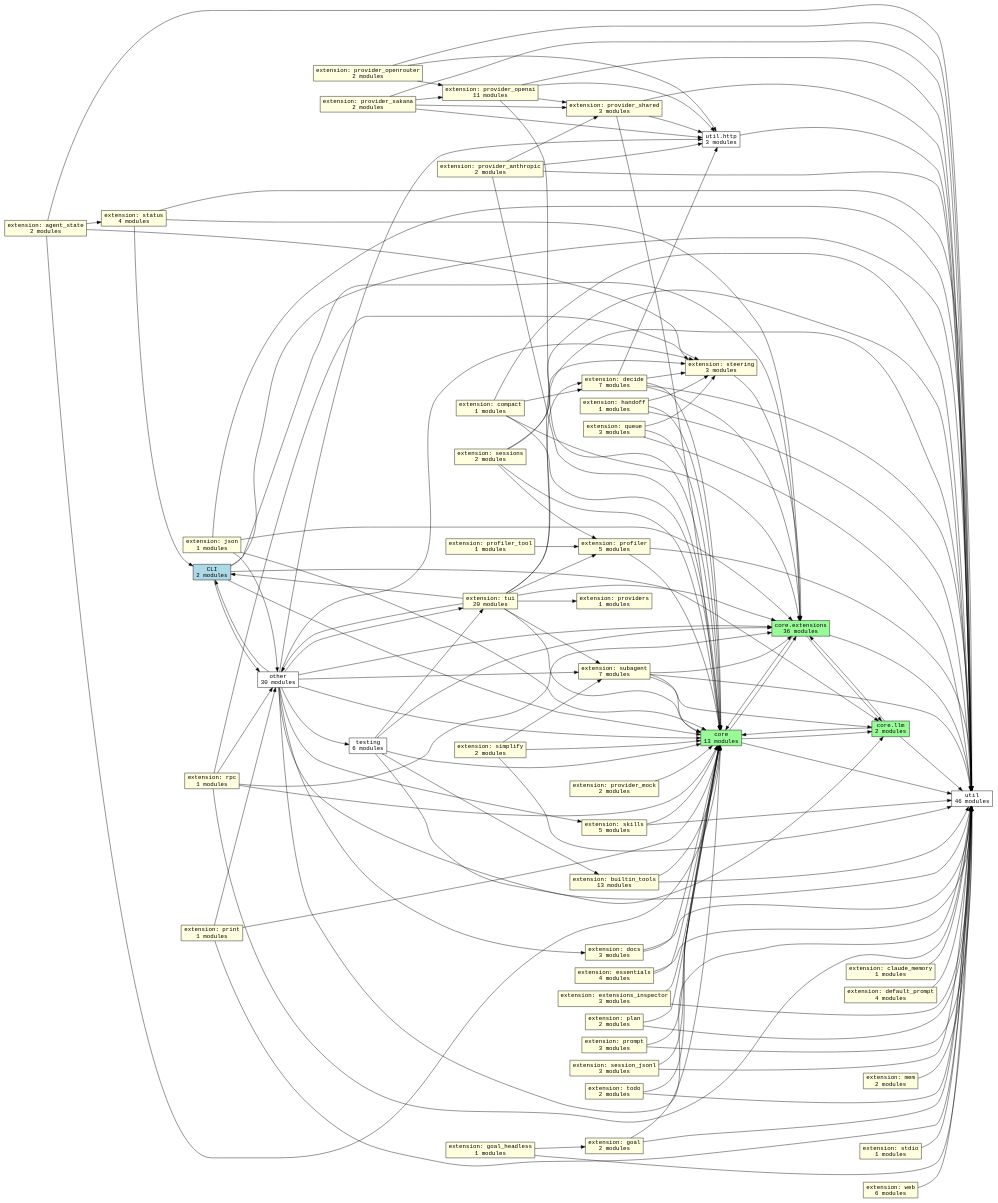
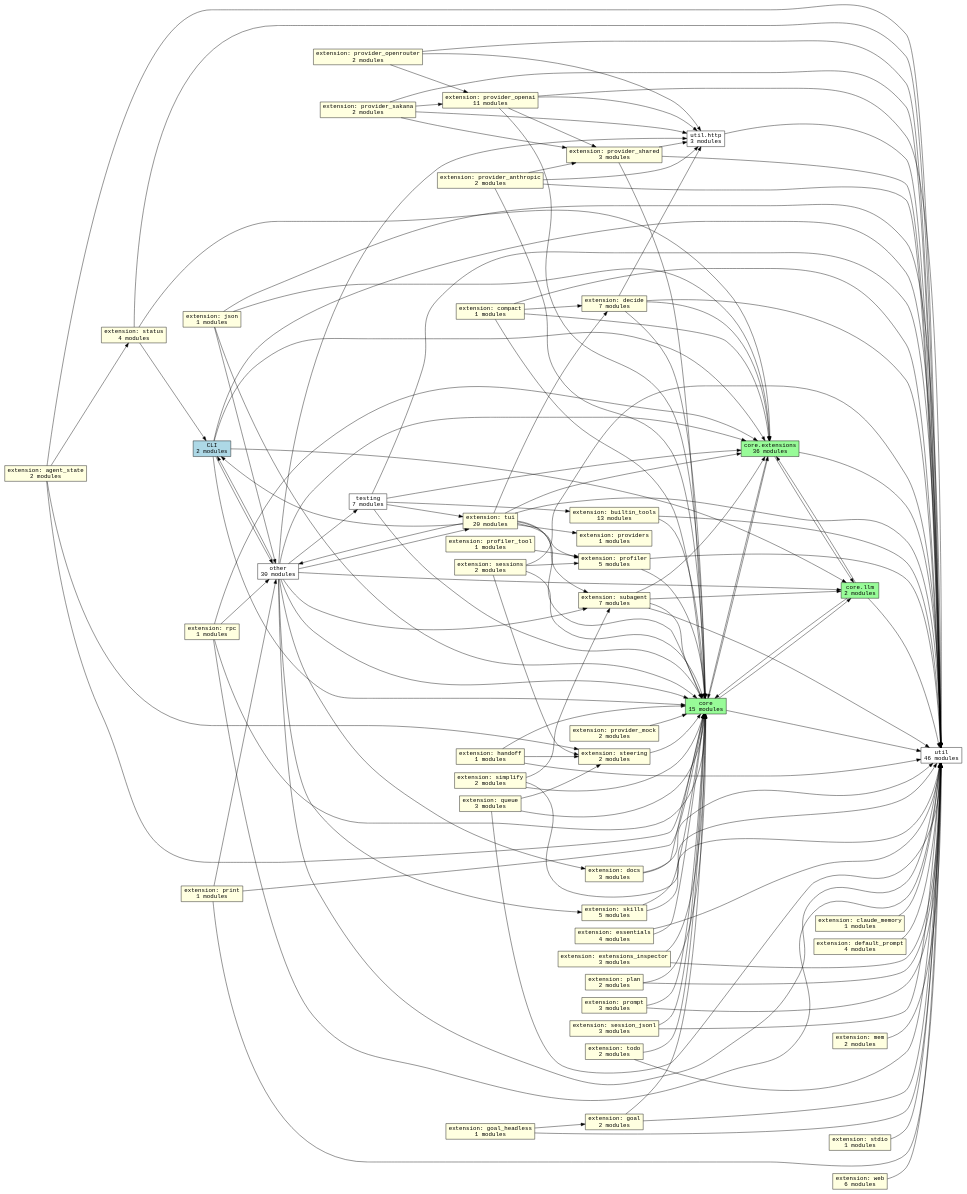
The diagram in docs/graphs/subsystems.dot (acmiyaguchi/fen), drawn with Graphviz before and after one commit. The commit also changed 94 other files, not shown here.

```diff
--- a/docs/graphs/subsystems.dot
+++ b/docs/graphs/subsystems.dot
@@ -1,188 +1,185 @@
 digraph fen_subsystems {
   graph [rankdir=LR];
   node [shape=box, fontname="monospace"];
   edge [fontname="monospace"];
   "cli" [fillcolor="lightblue", label="CLI\n2 modules", style="filled"];
-  "core" [fillcolor="palegreen", label="core\n13 modules", style="filled"];
+  "core" [fillcolor="palegreen", label="core\n15 modules", style="filled"];
   "core.extensions" [fillcolor="palegreen", label="core.extensions\n36 modules", style="filled"];
   "core.llm" [fillcolor="palegreen", label="core.llm\n2 modules", style="filled"];
   "extension.agent_state" [fillcolor="lightyellow", label="extension: agent_state\n2 modules", style="filled"];
   "extension.builtin_tools" [fillcolor="lightyellow", label="extension: builtin_tools\n13 modules", style="filled"];
   "extension.claude_memory" [fillcolor="lightyellow", label="extension: claude_memory\n1 modules", style="filled"];
   "extension.compact" [fillcolor="lightyellow", label="extension: compact\n1 modules", style="filled"];
   "extension.decide" [fillcolor="lightyellow", label="extension: decide\n7 modules", style="filled"];
   "extension.default_prompt" [fillcolor="lightyellow", label="extension: default_prompt\n4 modules", style="filled"];
   "extension.docs" [fillcolor="lightyellow", label="extension: docs\n3 modules", style="filled"];
   "extension.essentials" [fillcolor="lightyellow", label="extension: essentials\n4 modules", style="filled"];
   "extension.extensions_inspector" [fillcolor="lightyellow", label="extension: extensions_inspector\n3 modules", style="filled"];
   "extension.goal" [fillcolor="lightyellow", label="extension: goal\n2 modules", style="filled"];
   "extension.goal_headless" [fillcolor="lightyellow", label="extension: goal_headless\n1 modules", style="filled"];
   "extension.handoff" [fillcolor="lightyellow", label="extension: handoff\n1 modules", style="filled"];
   "extension.json" [fillcolor="lightyellow", label="extension: json\n1 modules", style="filled"];
   "extension.mem" [fillcolor="lightyellow", label="extension: mem\n2 modules", style="filled"];
   "extension.plan" [fillcolor="lightyellow", label="extension: plan\n2 modules", style="filled"];
   "extension.print" [fillcolor="lightyellow", label="extension: print\n1 modules", style="filled"];
   "extension.profiler" [fillcolor="lightyellow", label="extension: profiler\n5 modules", style="filled"];
   "extension.profiler_tool" [fillcolor="lightyellow", label="extension: profiler_tool\n1 modules", style="filled"];
   "extension.prompt" [fillcolor="lightyellow", label="extension: prompt\n3 modules", style="filled"];
   "extension.provider_anthropic" [fillcolor="lightyellow", label="extension: provider_anthropic\n2 modules", style="filled"];
   "extension.provider_mock" [fillcolor="lightyellow", label="extension: provider_mock\n2 modules", style="filled"];
   "extension.provider_openai" [fillcolor="lightyellow", label="extension: provider_openai\n11 modules", style="filled"];
   "extension.provider_openrouter" [fillcolor="lightyellow", label="extension: provider_openrouter\n2 modules", style="filled"];
   "extension.provider_sakana" [fillcolor="lightyellow", label="extension: provider_sakana\n2 modules", style="filled"];
   "extension.provider_shared" [fillcolor="lightyellow", label="extension: provider_shared\n3 modules", style="filled"];
   "extension.providers" [fillcolor="lightyellow", label="extension: providers\n1 modules", style="filled"];
   "extension.queue" [fillcolor="lightyellow", label="extension: queue\n3 modules", style="filled"];
   "extension.rpc" [fillcolor="lightyellow", label="extension: rpc\n1 modules", style="filled"];
   "extension.session_jsonl" [fillcolor="lightyellow", label="extension: session_jsonl\n3 modules", style="filled"];
   "extension.sessions" [fillcolor="lightyellow", label="extension: sessions\n2 modules", style="filled"];
   "extension.simplify" [fillcolor="lightyellow", label="extension: simplify\n2 modules", style="filled"];
   "extension.skills" [fillcolor="lightyellow", label="extension: skills\n5 modules", style="filled"];
   "extension.status" [fillcolor="lightyellow", label="extension: status\n4 modules", style="filled"];
   "extension.stdio" [fillcolor="lightyellow", label="extension: stdio\n1 modules", style="filled"];
-  "extension.steering" [fillcolor="lightyellow", label="extension: steering\n3 modules", style="filled"];
+  "extension.steering" [fillcolor="lightyellow", label="extension: steering\n2 modules", style="filled"];
   "extension.subagent" [fillcolor="lightyellow", label="extension: subagent\n7 modules", style="filled"];
   "extension.todo" [fillcolor="lightyellow", label="extension: todo\n2 modules", style="filled"];
   "extension.tui" [fillcolor="lightyellow", label="extension: tui\n20 modules", style="filled"];
   "extension.web" [fillcolor="lightyellow", label="extension: web\n6 modules", style="filled"];
   "other" [fillcolor="white", label="other\n30 modules", style="filled"];
-  "testing" [fillcolor="white", label="testing\n6 modules", style="filled"];
+  "testing" [fillcolor="white", label="testing\n7 modules", style="filled"];
   "util" [fillcolor="white", label="util\n46 modules", style="filled"];
   "util.http" [fillcolor="white", label="util.http\n3 modules", style="filled"];
   "cli" -> "core";
   "cli" -> "core.extensions";
   "cli" -> "core.llm";
   "cli" -> "other";
   "cli" -> "util";
   "core" -> "core.extensions";
   "core" -> "core.llm";
   "core" -> "util";
   "core.extensions" -> "core";
   "core.extensions" -> "core.llm";
   "core.extensions" -> "util";
   "core.llm" -> "core";
   "core.llm" -> "core.extensions";
   "core.llm" -> "util";
   "extension.agent_state" -> "core";
   "extension.agent_state" -> "extension.status";
   "extension.agent_state" -> "extension.steering";
   "extension.agent_state" -> "util";
   "extension.builtin_tools" -> "core";
   "extension.builtin_tools" -> "util";
   "extension.claude_memory" -> "util";
   "extension.compact" -> "core";
   "extension.compact" -> "core.extensions";
   "extension.compact" -> "extension.decide";
   "extension.compact" -> "util";
   "extension.decide" -> "core";
   "extension.decide" -> "core.extensions";
-  "extension.decide" -> "extension.steering";
   "extension.decide" -> "util";
   "extension.decide" -> "util.http";
   "extension.default_prompt" -> "util";
   "extension.docs" -> "core";
   "extension.docs" -> "util";
   "extension.essentials" -> "core";
   "extension.essentials" -> "util";
   "extension.extensions_inspector" -> "core";
   "extension.extensions_inspector" -> "util";
   "extension.goal" -> "core";
   "extension.goal" -> "util";
   "extension.goal_headless" -> "extension.goal";
   "extension.goal_headless" -> "util";
   "extension.handoff" -> "core";
   "extension.handoff" -> "extension.steering";
   "extension.handoff" -> "util";
   "extension.json" -> "core";
   "extension.json" -> "core.extensions";
   "extension.json" -> "other";
   "extension.json" -> "util";
   "extension.mem" -> "util";
   "extension.plan" -> "core";
   "extension.plan" -> "util";
   "extension.print" -> "core";
   "extension.print" -> "other";
   "extension.print" -> "util";
   "extension.profiler" -> "core";
   "extension.profiler" -> "util";
   "extension.profiler_tool" -> "extension.profiler";
   "extension.prompt" -> "core";
   "extension.prompt" -> "util";
   "extension.provider_anthropic" -> "core";
   "extension.provider_anthropic" -> "extension.provider_shared";
   "extension.provider_anthropic" -> "util";
   "extension.provider_anthropic" -> "util.http";
   "extension.provider_mock" -> "core";
   "extension.provider_openai" -> "core";
   "extension.provider_openai" -> "extension.provider_shared";
   "extension.provider_openai" -> "util";
   "extension.provider_openai" -> "util.http";
   "extension.provider_openrouter" -> "extension.provider_openai";
   "extension.provider_openrouter" -> "util";
   "extension.provider_openrouter" -> "util.http";
   "extension.provider_sakana" -> "extension.provider_openai";
   "extension.provider_sakana" -> "extension.provider_shared";
   "extension.provider_sakana" -> "util";
   "extension.provider_sakana" -> "util.http";
   "extension.provider_shared" -> "core";
   "extension.provider_shared" -> "util";
   "extension.provider_shared" -> "util.http";
   "extension.queue" -> "core";
   "extension.queue" -> "extension.steering";
   "extension.queue" -> "util";
   "extension.rpc" -> "core";
   "extension.rpc" -> "core.extensions";
-  "extension.rpc" -> "extension.steering";
   "extension.rpc" -> "other";
   "extension.rpc" -> "util";
   "extension.session_jsonl" -> "core";
   "extension.session_jsonl" -> "util";
   "extension.sessions" -> "core";
   "extension.sessions" -> "extension.profiler";
   "extension.sessions" -> "extension.steering";
   "extension.sessions" -> "util";
   "extension.simplify" -> "core";
   "extension.simplify" -> "extension.subagent";
   "extension.simplify" -> "util";
   "extension.skills" -> "core";
   "extension.skills" -> "util";
   "extension.status" -> "cli";
   "extension.status" -> "core.extensions";
   "extension.status" -> "util";
   "extension.stdio" -> "util";
-  "extension.steering" -> "core.extensions";
+  "extension.steering" -> "core";
   "extension.subagent" -> "core";
   "extension.subagent" -> "core.extensions";
   "extension.subagent" -> "core.llm";
   "extension.subagent" -> "util";
   "extension.todo" -> "core";
   "extension.todo" -> "util";
   "extension.tui" -> "cli";
   "extension.tui" -> "core";
   "extension.tui" -> "core.extensions";
   "extension.tui" -> "extension.decide";
   "extension.tui" -> "extension.profiler";
   "extension.tui" -> "extension.providers";
   "extension.tui" -> "extension.subagent";
   "extension.tui" -> "other";
   "extension.tui" -> "util";
   "extension.web" -> "util";
   "other" -> "cli";
   "other" -> "core";
   "other" -> "core.extensions";
   "other" -> "core.llm";
   "other" -> "extension.docs";
   "other" -> "extension.skills";
-  "other" -> "extension.steering";
   "other" -> "extension.subagent";
   "other" -> "extension.tui";
   "other" -> "testing";
   "other" -> "util";
   "other" -> "util.http";
   "testing" -> "core";
   "testing" -> "core.extensions";
   "testing" -> "extension.builtin_tools";
   "testing" -> "extension.tui";
   "testing" -> "util";
   "util.http" -> "util";
 }
```
